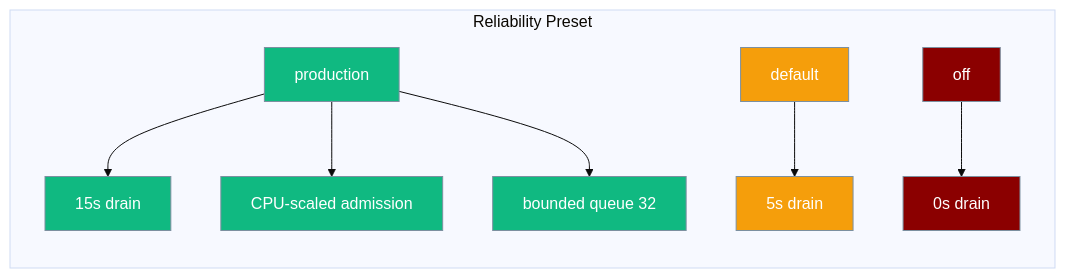
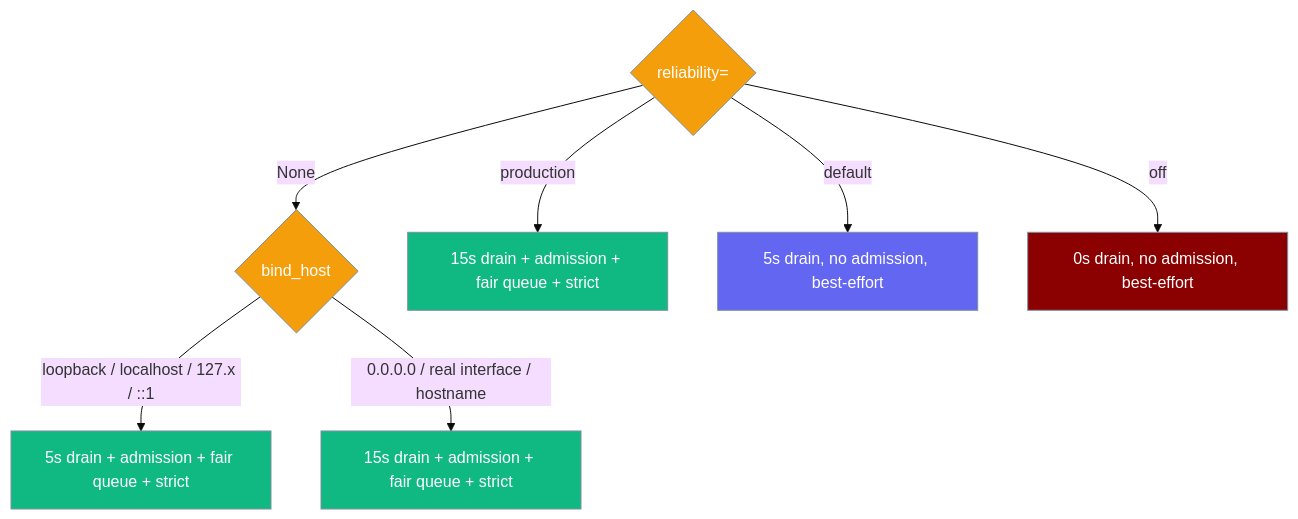
The first of 4 diagrams in docs/features/gateway-reliability.mdx (MervinPraison/PraisonAIDocs), drawn with Mermaid (base theme) before and after one commit. The commit also changed other lines of this file and 2 other files, not shown here.

First line of the commit message:
docs: gateway reliability is now safe-by-default (bind-aware admission + drain) (fixes #2500)

````diff
--- a/docs/features/gateway-reliability.mdx
+++ b/docs/features/gateway-reliability.mdx
@@ -27,16 +27,19 @@
 ```mermaid
-graph LR
-    subgraph "Reliability Preset"
-        P[production] --> D1[15s drain]
-        P --> A1[CPU-scaled admission]
-        P --> Q1[bounded queue 32]
-        D[default] --> D2[5s drain]
-        O[off] --> D3[0s drain]
-    end
-    classDef prod fill:#10B981,stroke:#7C90A0,color:#fff
-    classDef def fill:#F59E0B,stroke:#7C90A0,color:#fff
-    classDef off_ fill:#8B0000,stroke:#7C90A0,color:#fff
-    class P,D1,A1,Q1 prod
-    class D,D2 def
-    class O,D3 off_
+graph TB
+    R{reliability=} -->|None| B{bind_host}
+    R -->|"production"| P[15s drain + admission + fair queue + strict]
+    R -->|"default"| D[5s drain, no admission, best-effort]
+    R -->|"off"| O[0s drain, no admission, best-effort]
+    B -->|loopback / localhost / 127.x / ::1| SL[5s drain + admission + fair queue + strict]
+    B -->|0.0.0.0 / real interface / hostname| SE[15s drain + admission + fair queue + strict]
+
+    classDef q fill:#F59E0B,stroke:#7C90A0,color:#fff
+    classDef input fill:#6366F1,stroke:#7C90A0,color:#fff
+    classDef result fill:#10B981,stroke:#7C90A0,color:#fff
+    classDef optout fill:#8B0000,stroke:#7C90A0,color:#fff
+
+    class R,B q
+    class SL,SE,P result
+    class D input
+    class O optout
 ```
````
